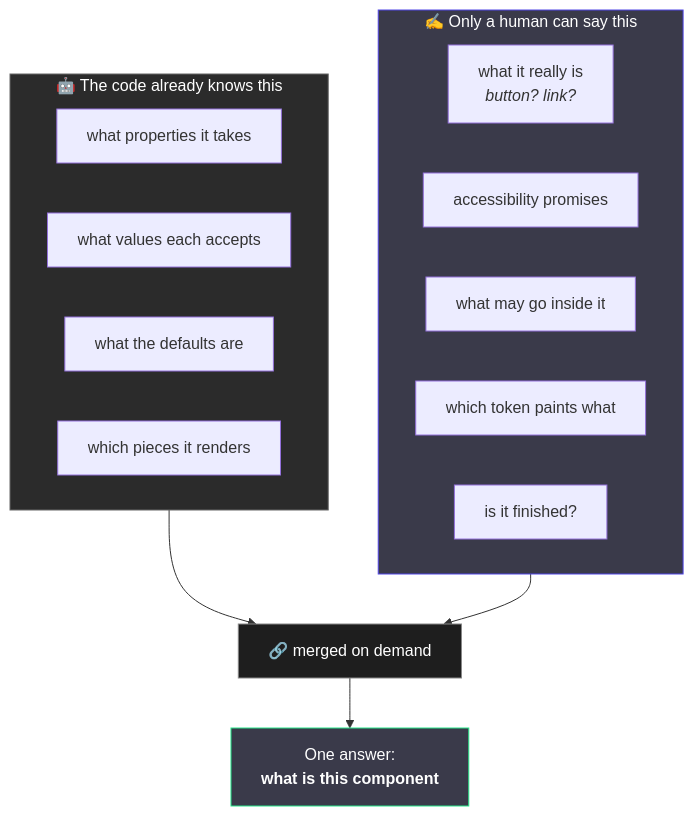
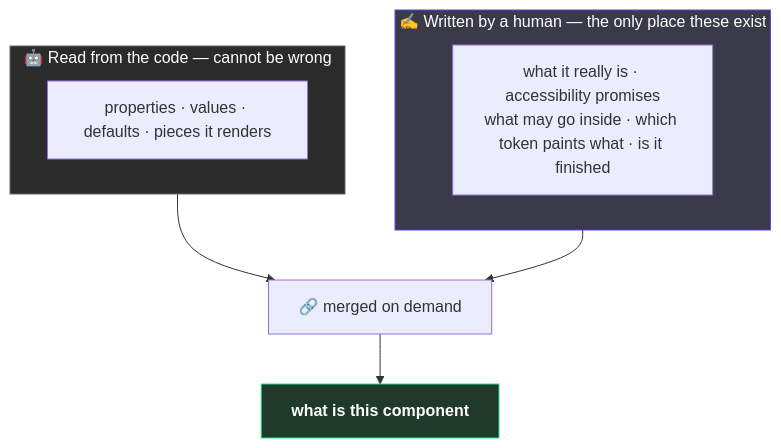
Before and after one commit to cris-achiardi/weave-ds-template: the first of 2 diagrams in docs/documentation/02-the-two-halves.md, drawn with Mermaid. The commit also changed other lines of this file and 6 other files, not shown here.

````diff
--- a/docs/documentation/02-the-two-halves.md
+++ b/docs/documentation/02-the-two-halves.md
@@ -29,28 +24,15 @@
 ```mermaid
 flowchart TD
-  subgraph SRC ["🤖 The code already knows this"]
-    direction LR
-    S1["what properties it takes"]
-    S2["what values each accepts"]
-    S3["what the defaults are"]
-    S4["which pieces it renders"]
+  subgraph SRC ["🤖 Read from the code — cannot be wrong"]
+    S1["properties · values · defaults · pieces it renders"]
   end
-
-  subgraph CON ["✍️ Only a human can say this"]
-    direction LR
-    C1["what it really is<br/><i>button? link?</i>"]
-    C2["accessibility promises"]
-    C3["what may go inside it"]
-    C4["which token paints what"]
-    C5["is it finished?"]
+  subgraph CON ["✍️ Written by a human — the only place these exist"]
+    C1["what it really is · accessibility promises<br/>what may go inside · which token paints what · is it finished"]
   end
-
   SRC --> M["🔗 merged on demand"]
   CON --> M
-  M --> OUT["One answer:<br/><b>what is this component</b>"]
-
+  M --> OUT["<b>what is this component</b>"]
   style SRC fill:#2b2b2b,stroke:#666,color:#fff
   style CON fill:#3a3a4a,stroke:#5146e6,color:#fff
-  style M fill:#1e1e1e,stroke:#888,color:#fff
-  style OUT fill:#3a3a4a,stroke:#26e589,color:#fff
+  style OUT fill:#1f3a2a,stroke:#26e589,color:#fff
 ```
````
